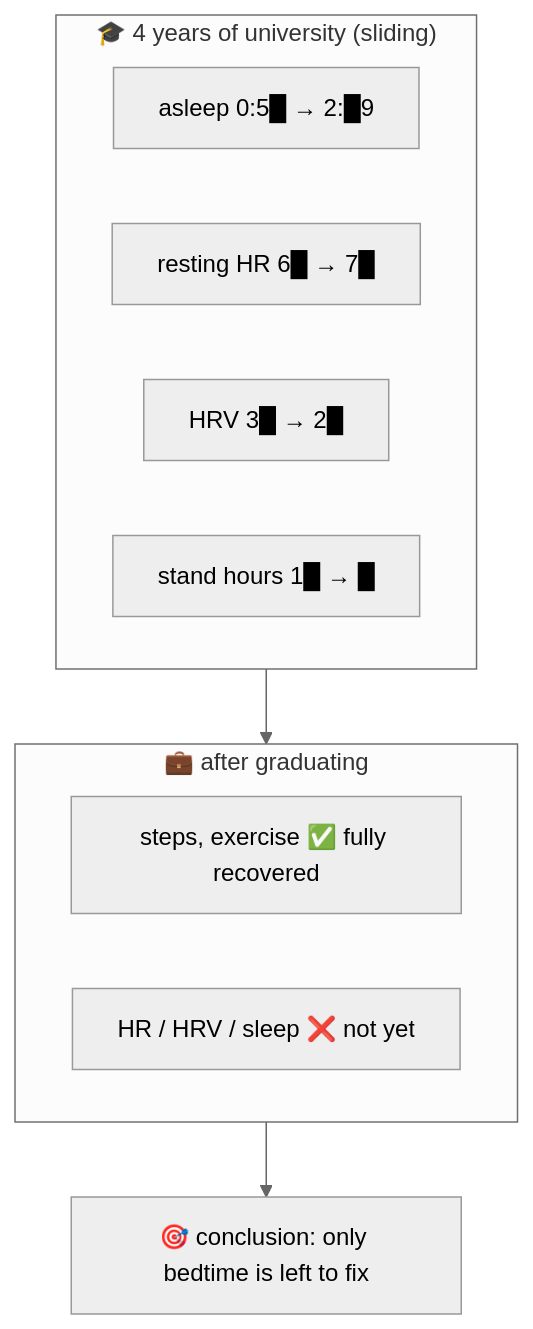
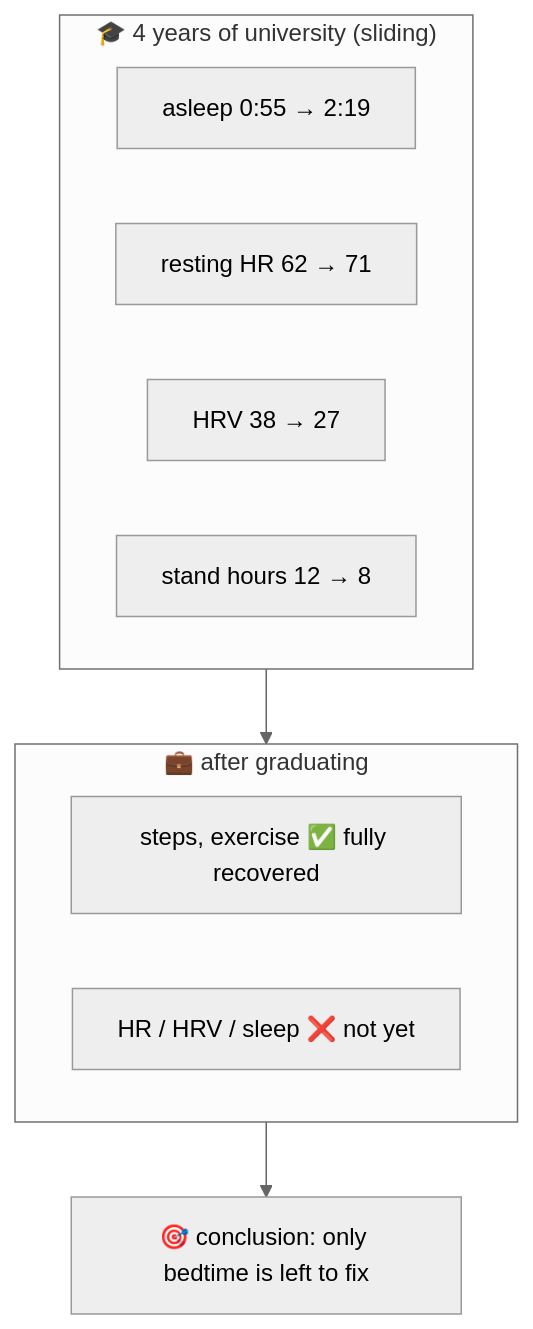
Before and after one commit to JamesNolan17/health-buddy: the fifth of 7 diagrams in README.en.md, drawn with Mermaid (neutral theme). The commit also changed other lines of this file and 6 other files, not shown here.

````diff
--- a/README.en.md
+++ b/README.en.md
@@ -233,14 +233,14 @@
 ```mermaid
 flowchart TB
     subgraph Uni["🎓 4 years of university (sliding)"]
-      a1[asleep 0:5█ → 2:█9]
-      a2[resting HR 6█ → 7█]
-      a3[HRV 3█ → 2█]
-      a4[stand hours 1█ → █]
+      a1[asleep 0:55 → 2:19]
+      a2[resting HR 62 → 71]
+      a3[HRV 38 → 27]
+      a4[stand hours 12 → 8]
     end
     subgraph After["💼 after graduating"]
       b1[steps, exercise ✅ fully recovered]
       b2[HR / HRV / sleep ❌ not yet]
     end
     Uni --> After --> c[🎯 conclusion: only bedtime is left to fix]
 ```
````
